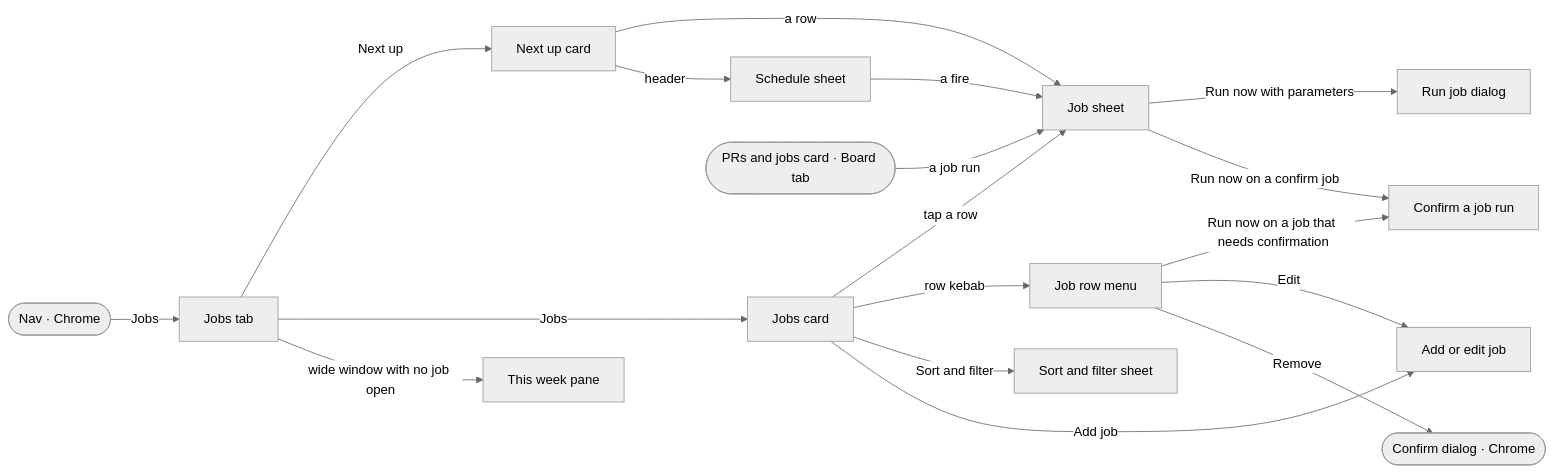
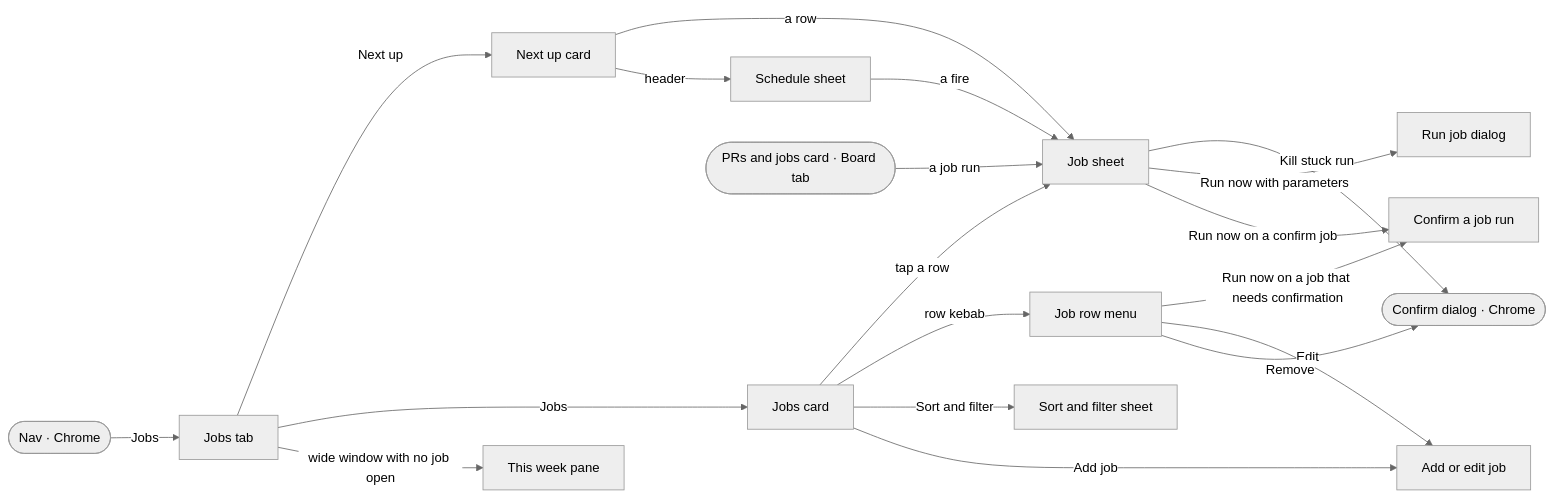
The sixth of 10 diagrams in docs/ux-surface-map.md (ferraroroberto/app-launcher), drawn with Mermaid (neutral theme) before and after one commit. The commit also changed other lines of this file and 8 other files, not shown here.

````diff
--- a/docs/ux-surface-map.md
+++ b/docs/ux-surface-map.md
@@ -1063,34 +1093,35 @@
 ```mermaid
 flowchart LR
   s65["Jobs tab"]
   s66["Next up card"]
   s67["Schedule sheet"]
   s68["This week pane"]
   s69["Jobs card"]
   s70["Sort and filter sheet"]
   s71["Job row menu"]
   s72["Confirm a job run"]
   s73["Job sheet"]
   s74["Run job dialog"]
   s75["Add or edit job"]
   s0(["Nav · Chrome"])
   s61(["PRs and jobs card · Board tab"])
   s3(["Confirm dialog · Chrome"])
   s0 -->|"Jobs"| s65
   s61 -->|"a job run"| s73
   s65 -->|"Next up"| s66
   s65 -->|"Jobs"| s69
   s65 -->|"wide window with no job open"| s68
   s66 -->|"a row"| s73
   s66 -->|"header"| s67
   s67 -->|"a fire"| s73
   s69 -->|"tap a row"| s73
   s69 -->|"row kebab"| s71
   s69 -->|"Sort and filter"| s70
   s69 -->|"Add job"| s75
   s71 -->|"Run now on a job that needs confirmation"| s72
   s71 -->|"Edit"| s75
   s71 -->|"Remove"| s3
+  s73 -->|"Kill stuck run"| s3
   s73 -->|"Run now with parameters"| s74
   s73 -->|"Run now on a confirm job"| s72
 ```
````
